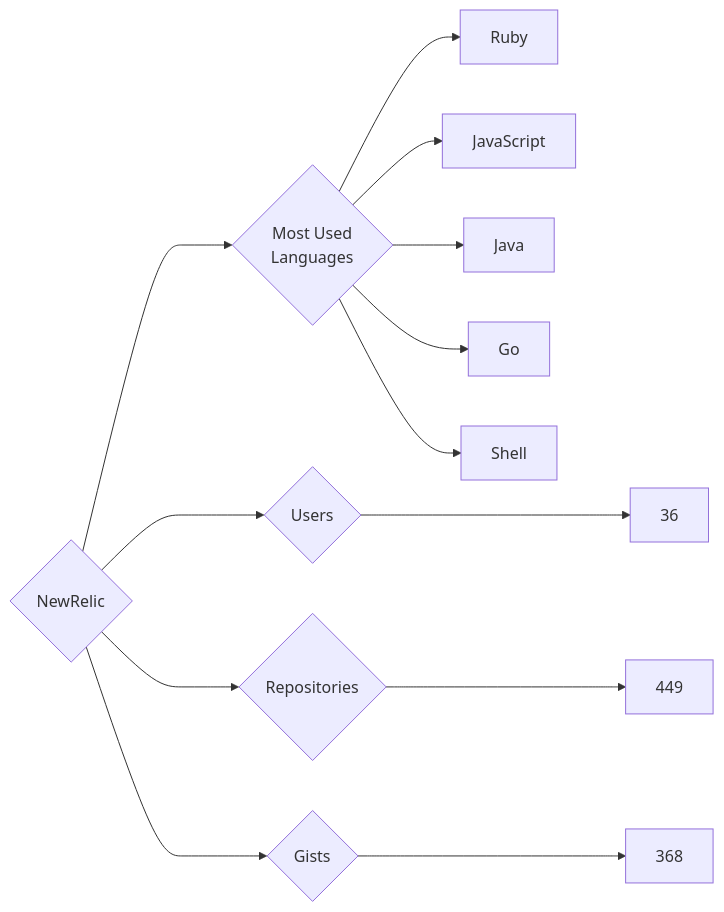
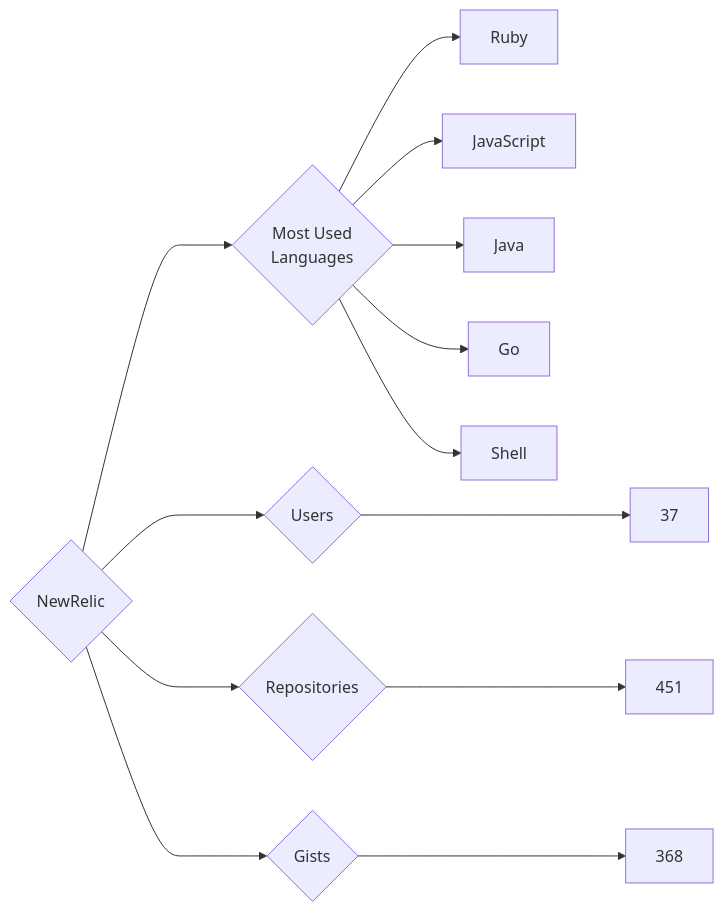
Before and after one commit to trickest/insiders: the diagram in targets/NewRelic/README.md, drawn with Mermaid. The commit also changed 839 other files, not shown here.

````diff
--- a/targets/NewRelic/README.md
+++ b/targets/NewRelic/README.md
@@ -3,13 +3,13 @@
 ```mermaid
 graph LR
 COMPANY_NAME{NewRelic}
-COMPANY_NAME ---> U{Users} ---> UN[36]
-COMPANY_NAME ---> R{Repositories} ---> RN[449]
+COMPANY_NAME ---> U{Users} ---> UN[37]
+COMPANY_NAME ---> R{Repositories} ---> RN[451]
 COMPANY_NAME ---> G{Gists} ---> GN[368]
 COMPANY_NAME ---> ML{Most Used<br>Languages}
 ML --> Ruby[Ruby]
 ML --> JavaScript[JavaScript]
 ML --> Java[Java]
 ML --> Go[Go]
 ML --> Shell[Shell]
 ```
````
